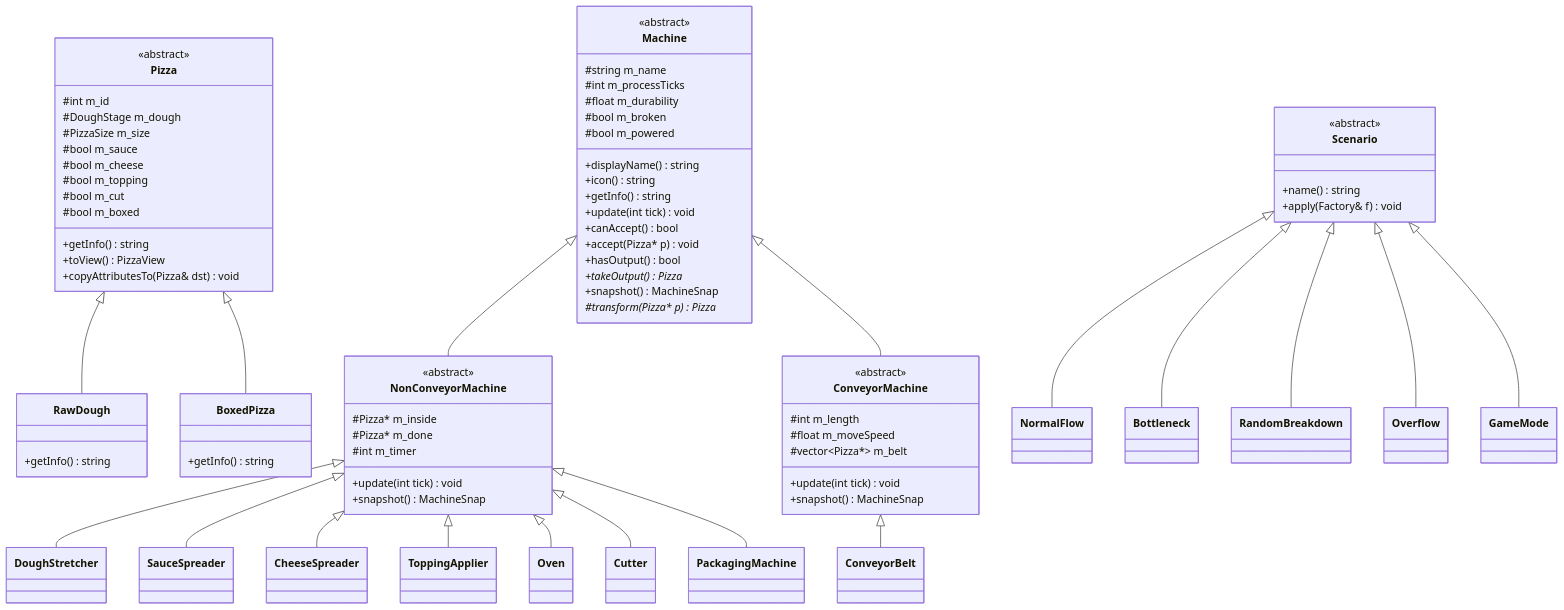
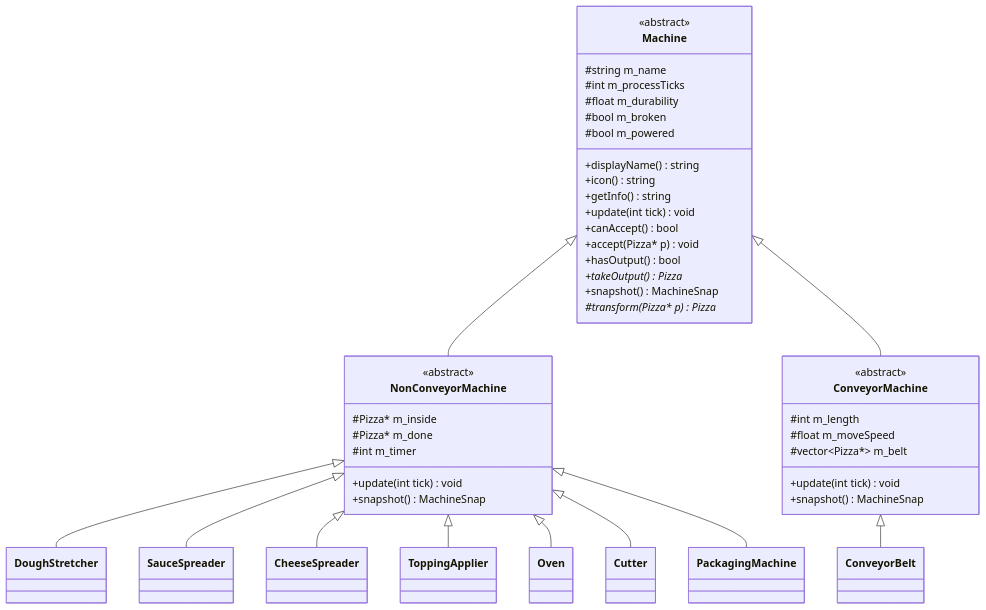
The third of 9 diagrams in oop_architecture_diagrams.md (sb-p-0x7/Zzapi), drawn with Mermaid before and after one commit. The commit also changed other lines of this file, not shown here.

Commit message:
Refactor architecture diagrams in markdown
Updated architecture diagrams with improved formatting and clarity.

````diff
--- a/oop_architecture_diagrams.md
+++ b/oop_architecture_diagrams.md
@@ -71,31 +119,5 @@
 ```mermaid
 classDiagram
-    class Pizza {
-        <<abstract>>
-        #int m_id
-        #DoughStage m_dough
-        #PizzaSize m_size
-        #bool m_sauce
-        #bool m_cheese
-        #bool m_topping
-        #bool m_cut
-        #bool m_boxed
-        +getInfo() string
-        +toView() PizzaView
-        +copyAttributesTo(Pizza& dst) void
-    }
-
-    class RawDough {
-        +getInfo() string
-    }
-
-    class BoxedPizza {
-        +getInfo() string
-    }
-
-    Pizza <|-- RawDough
-    Pizza <|-- BoxedPizza
-
     class Machine {
         <<abstract>>
         #string m_name
@@ -144,16 +166,4 @@
     NonConveyorMachine <|-- Cutter
     NonConveyorMachine <|-- PackagingMachine
     ConveyorMachine <|-- ConveyorBelt
-
-    class Scenario {
-        <<abstract>>
-        +name() string
-        +apply(Factory& f) void
-    }
-
-    Scenario <|-- NormalFlow
-    Scenario <|-- Bottleneck
-    Scenario <|-- RandomBreakdown
-    Scenario <|-- Overflow
-    Scenario <|-- GameMode
 ```
````
